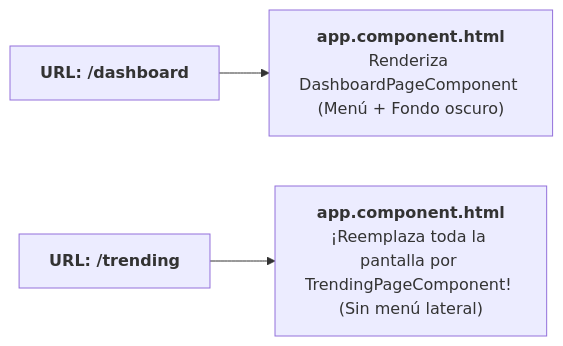
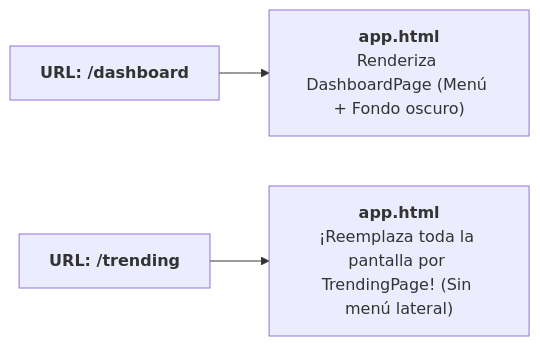
One commit to Jose-Quesada/materiales_angular changed the third of 7 diagrams in docs/06-gifs-componentes.md. Above: the diagram before and after it, drawn with Mermaid. The commit also changed other lines of this file and 37 other files, not shown here.

````diff
--- a/docs/06-gifs-componentes.md
+++ b/docs/06-gifs-componentes.md
@@ -320,5 +462,5 @@
 ``` mermaid
 flowchart LR
-    URL1["<b>URL: /dashboard</b>"] --> View1["<b>app.component.html</b><br/>Renderiza DashboardPageComponent (Menú + Fondo oscuro)"]
-    URL2["<b>URL: /trending</b>"] --> View2["<b>app.component.html</b><br/>¡Reemplaza toda la pantalla por TrendingPageComponent! (Sin menú lateral)"]
+    URL1["<b>URL: /dashboard</b>"] --> View1["<b>app.html</b><br/>Renderiza DashboardPage (Menú + Fondo oscuro)"]
+    URL2["<b>URL: /trending</b>"] --> View2["<b>app.html</b><br/>¡Reemplaza toda la pantalla por TrendingPage! (Sin menú lateral)"]
 ```
````
